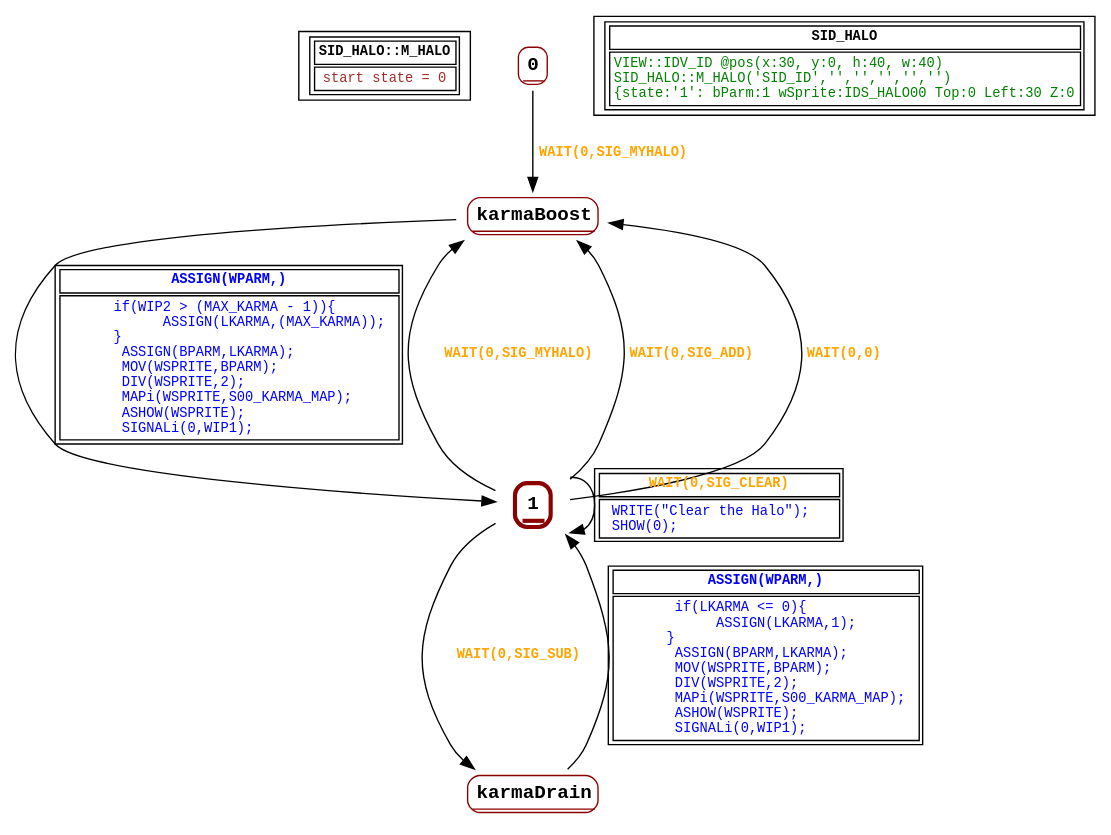
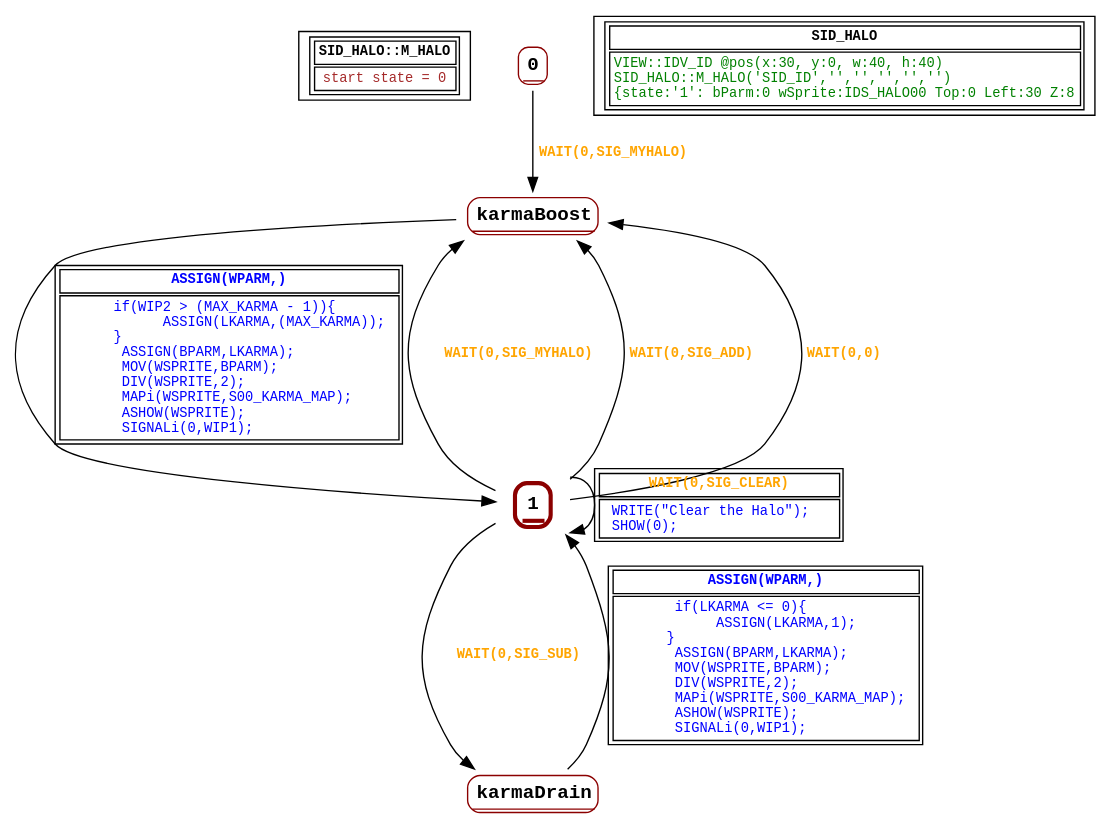
Before and after one commit to guy-stewart/AzariaCD: the diagram in graphs/SID_HALO.dot, drawn with Graphviz. The commit also changed 24 other files, not shown here.

```diff
--- a/graphs/SID_HALO.dot
+++ b/graphs/SID_HALO.dot
@@ -1,42 +1,42 @@
 digraph Automaton {
  fontname="Courier New"
 	node [shape=oval, fontname="Courier New"];
 	filename[shape = record, fontsize=10, label=< <table border="1"><tr><td><b>SID_HALO::M_HALO<br align="left"/></b></td></tr>
 <tr><td><font point-size="10" color ="brown">start state = 0<br align="left"/></font></td></tr></table>>
 ];
 	0[shape = none, fontsize=14, label=< <table border="1" color="darkred" style="rounded"><tr><td sides="b"><b>0<br align="left"/></b></td></tr>
 </table>>];
 "0" -> "karmaBoost" [fontcolor=orange,fontsize=10,fontname="Courier New", label=< <table border="0"><tr><td><b>WAIT(0,SIG_MYHALO)<br align="left"/></b></td></tr>
 </table>>
 ];
 	1[shape = none, fontsize=14, label=< <table border="3" color="darkred" style="rounded"><tr><td sides="b"><b>1<br align="left"/></b></td></tr>
 </table>>];
 "1" -> "karmaBoost" [fontcolor=orange,fontsize=10,fontname="Courier New", label=< <table border="0"><tr><td><b>WAIT(0,SIG_MYHALO)<br align="left"/></b></td></tr>
 </table>>
 ];
 "1" -> "karmaBoost" [fontcolor=orange,fontsize=10,fontname="Courier New", label=< <table border="0"><tr><td><b>WAIT(0,SIG_ADD)<br align="left"/></b></td></tr>
 </table>>
 ];
 "1" -> "karmaDrain" [fontcolor=orange,fontsize=10,fontname="Courier New", label=< <table border="0"><tr><td><b>WAIT(0,SIG_SUB)<br align="left"/></b></td></tr>
 </table>>
 ];
 "1" -> "karmaBoost" [fontcolor=orange,fontsize=10,fontname="Courier New", label=< <table border="0"><tr><td><b>WAIT(0,0)<br align="left"/></b></td></tr>
 </table>>
 ];
 "1" -> "1" [fontcolor=orange,fontsize=10,fontname="Courier New", label=< <table border="1"><tr><td><b>WAIT(0,SIG_CLEAR)<br align="left"/></b></td></tr>
 <tr><td><font point-size="10" color ="blue">  WRITE(&quot;Clear the Halo&quot;);  <br align="left"/>  SHOW(0);<br align="left"/></font></td></tr></table>>
 ];
 	karmaBoost[shape = none, fontsize=14, label=< <table border="1" color="darkred" style="rounded"><tr><td sides="b"><b>karmaBoost<br align="left"/></b></td></tr>
 </table>>];
 "karmaBoost" -> "1" [fontcolor=blue,fontsize=10,fontname="Courier New", label=< <table border="1"><tr><td><b>ASSIGN(WPARM,)<br align="left"/></b></td></tr>
 <tr><td><font point-size="10" color ="blue">       if(WIP2 &gt; (MAX_KARMA - 1))&#123;<br align="left"/>             ASSIGN(LKARMA,(MAX_KARMA));<br align="left"/>       &#125;<br align="left"/>        ASSIGN(BPARM,LKARMA);<br align="left"/>        MOV(WSPRITE,BPARM);<br align="left"/>        DIV(WSPRITE,2);<br align="left"/>        MAPi(WSPRITE,S00_KARMA_MAP);<br align="left"/>        ASHOW(WSPRITE);<br align="left"/>        SIGNALi(0,WIP1);<br align="left"/></font></td></tr></table>>
 ];
 	karmaDrain[shape = none, fontsize=14, label=< <table border="1" color="darkred" style="rounded"><tr><td sides="b"><b>karmaDrain<br align="left"/></b></td></tr>
 </table>>];
 "karmaDrain" -> "1" [fontcolor=blue,fontsize=10,fontname="Courier New", label=< <table border="1"><tr><td><b>ASSIGN(WPARM,)<br align="left"/></b></td></tr>
 <tr><td><font point-size="10" color ="blue">        if(LKARMA &lt;= 0)&#123;<br align="left"/>             ASSIGN(LKARMA,1);<br align="left"/>       &#125;      <br align="left"/>        ASSIGN(BPARM,LKARMA);<br align="left"/>        MOV(WSPRITE,BPARM);<br align="left"/>        DIV(WSPRITE,2);<br align="left"/>        MAPi(WSPRITE,S00_KARMA_MAP);<br align="left"/>        ASHOW(WSPRITE);<br align="left"/>        SIGNALi(0,WIP1);<br align="left"/></font></td></tr></table>>
 ];
 	status[shape = record, fontsize=10, label=< <table border="1"><tr><td><b>SID_HALO<br align="left"/></b></td></tr>
-<tr><td><font point-size="10" color ="green">VIEW::IDV_ID @pos(x:30, y:0, h:40, w:40)<br align="left"/>SID_HALO::M_HALO(&apos;SID_ID&apos;,&apos;&apos;,&apos;&apos;,&apos;&apos;,&apos;&apos;,&apos;&apos;)<br align="left"/>			&#123;state:&apos;1&apos;: bParm:1 wSprite:IDS_HALO00 Top:0 Left:30 Z:0<br align="left"/></font></td></tr></table>>
+<tr><td><font point-size="10" color ="green">VIEW::IDV_ID @pos(x:30, y:0, w:40, h:40)<br align="left"/>SID_HALO::M_HALO(&apos;SID_ID&apos;,&apos;&apos;,&apos;&apos;,&apos;&apos;,&apos;&apos;,&apos;&apos;)<br align="left"/>			&#123;state:&apos;1&apos;: bParm:0 wSprite:IDS_HALO00 Top:0 Left:30 Z:8<br align="left"/></font></td></tr></table>>
 ];
 }
```
